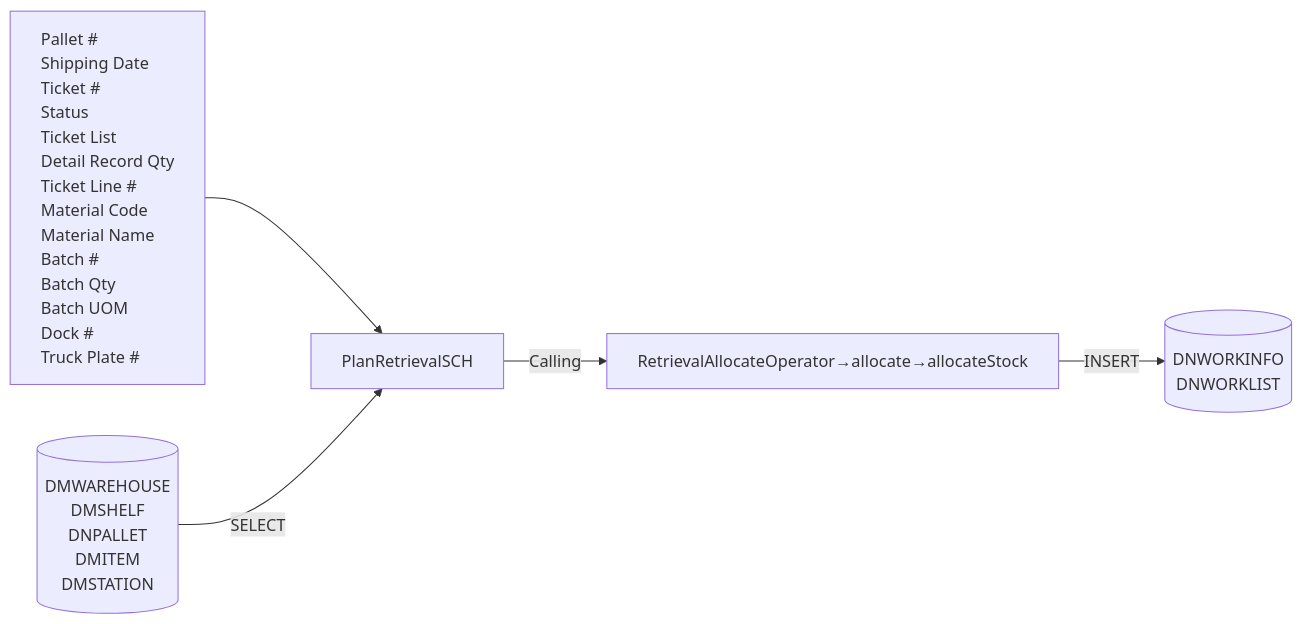
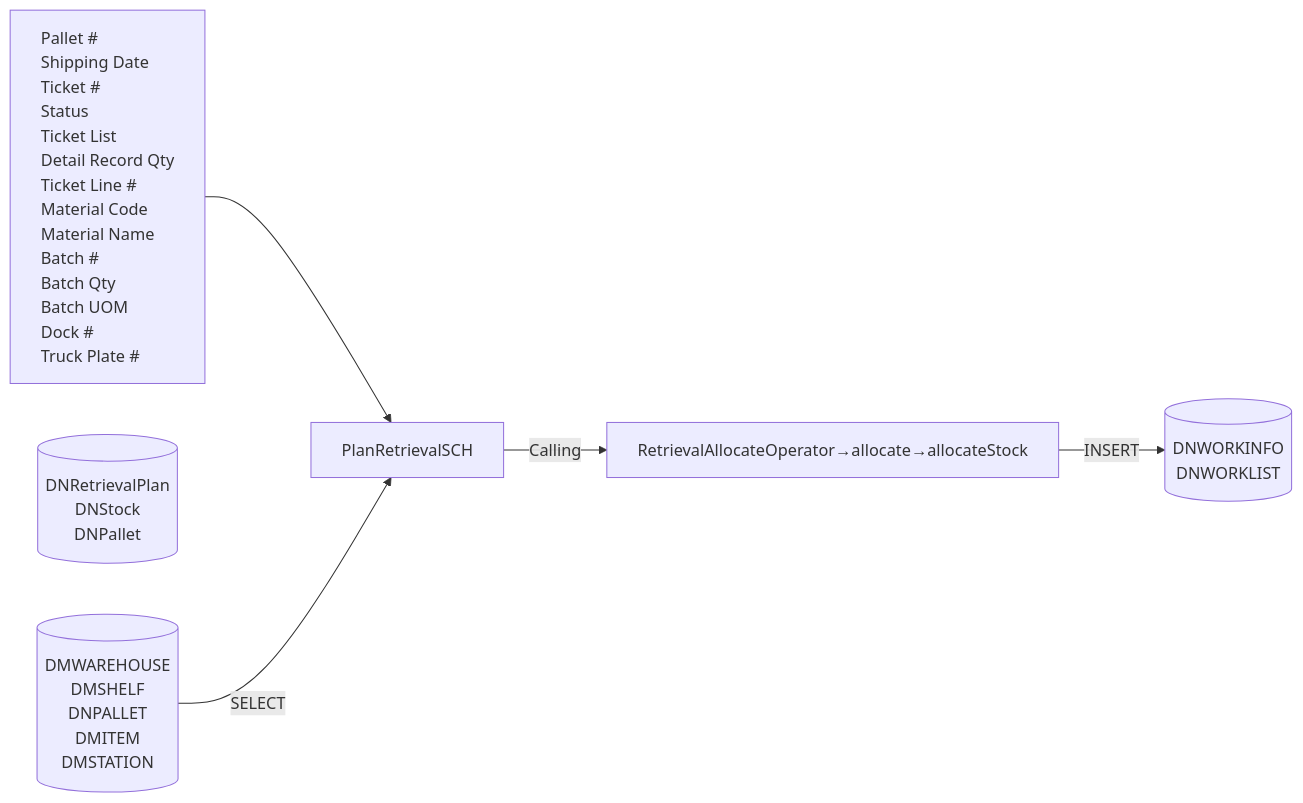
Before and after one commit to luthfiadityaa/SimeDarby-Wiki: the third of 11 diagrams in Basic-Design/DFD-WMS/Retrieval/Planned-Retrieval-to-HP-Area.md, drawn with Mermaid.

Commit message:
Updated Planned Retrieval to HP Area

```diff
--- a/Basic-Design/DFD-WMS/Retrieval/Planned-Retrieval-to-HP-Area.md
+++ b/Basic-Design/DFD-WMS/Retrieval/Planned-Retrieval-to-HP-Area.md
@@ -116,40 +116,46 @@
 ::: mermaid
 flowchart LR
     input[
         Pallet #
         Shipping Date
         Ticket #
         Status
         Ticket List
         Detail Record Qty
         Ticket Line #
         Material Code
         Material Name
         Batch #
         Batch Qty
         Batch UOM
         Dock #
         Truck Plate #    
     ]
 
     tableList-insert[("
         DNWORKINFO
         DNWORKLIST
     ")]
 
+    tableList-update[("
+        DNRetrievalPlan
+        DNStock
+        DNPallet
+    ")]
+
      tableList-select[("
         DMWAREHOUSE
         DMSHELF
         DNPALLET
         DMITEM
         DMSTATION
     ")]
 
     className[PlanRetrievalSCH]
     className--> |Calling| methodName[RetrievalAllocateOperator→allocate→allocateStock] --> |INSERT| tableList-insert
     input --> className
     tableList-select --> |SELECT| className
 
     classDef leftAlign text-align:left;
     class input leftAlign;
 :::
```
